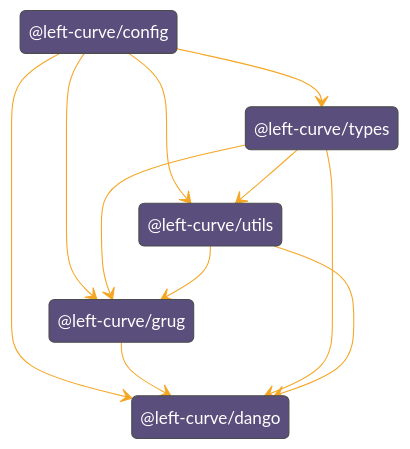
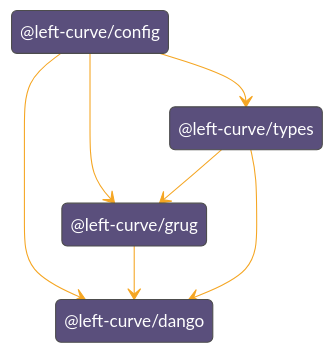
Before and after one commit to left-curve/left-curve: the diagram in sdk/README.md, drawn with Mermaid. The commit also changed other lines of this file and 66 other files, not shown here.

Commit message:
refactor: mv utils into grug-sdk

````diff
--- a/sdk/README.md
+++ b/sdk/README.md
@@ -21,25 +21,20 @@
 ```mermaid
 %%{
   init: {
   'theme': 'base',
   'themeVariables': {"primaryTextColor":"#fff","primaryColor":"#5a4f7c","lineColor":"#f5a623" }
   }
 }%%
 stateDiagram-v2
     state "@left-curve/config" as left_curve_config
     state "@left-curve/types" as left_curve_types
-    state "@left-curve/utils" as left_curve_utils
     state "@left-curve/grug" as left_curve_sdk
     state "@left-curve/dango" as left_curve_dango
 
     left_curve_config --> left_curve_types
-    left_curve_config --> left_curve_utils
-    left_curve_types --> left_curve_utils
     left_curve_config --> left_curve_sdk
     left_curve_types --> left_curve_sdk
-    left_curve_utils --> left_curve_sdk
     left_curve_config --> left_curve_dango
     left_curve_sdk --> left_curve_dango
     left_curve_types --> left_curve_dango
-    left_curve_utils --> left_curve_dango
 ```
````
